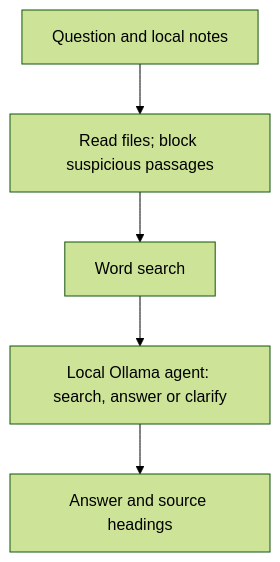
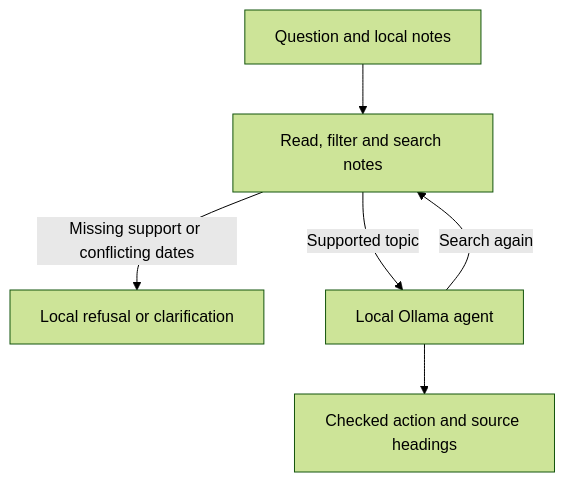
The diagram in work/ai_fluency/study_coach/README.md (YassinKhodir/yassin-flyrank-ml-internship), drawn with Mermaid (forest theme) before and after one commit. The commit also changed other lines of this file, not shown here.

````diff
--- a/work/ai_fluency/study_coach/README.md
+++ b/work/ai_fluency/study_coach/README.md
@@ -82,7 +82,8 @@
 ```mermaid
 flowchart TD
-    A["Question and local notes"] --> B["Read files; block suspicious passages"]
-    B --> C["Word search"]
-    C --> D["Local Ollama agent: search, answer or clarify"]
-    D --> E["Answer and source headings"]
+    A["Question and local notes"] --> B["Read, filter and search notes"]
+    B -->|Missing support or conflicting dates| C["Local refusal or clarification"]
+    B -->|Supported topic| D["Local Ollama agent"]
+    D -->|Search again| B
+    D --> E["Checked action and source headings"]
 ```
````
